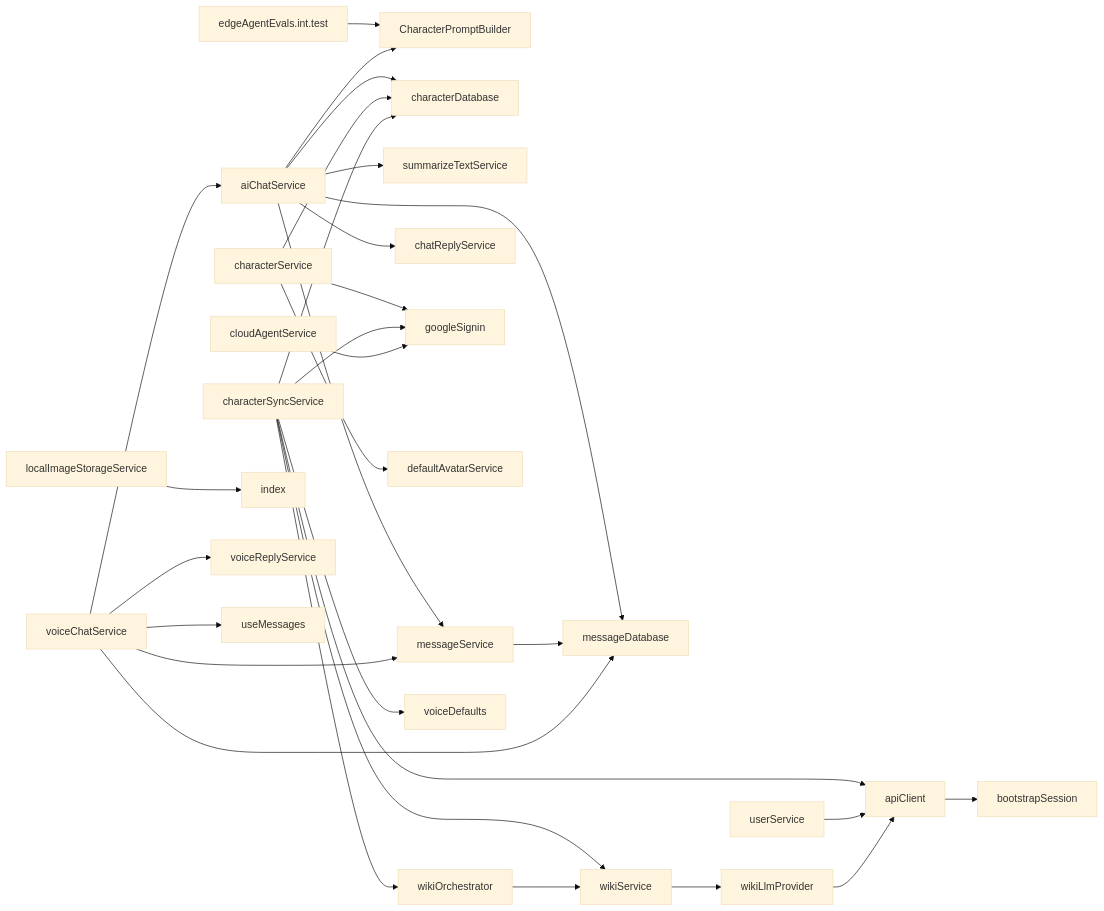
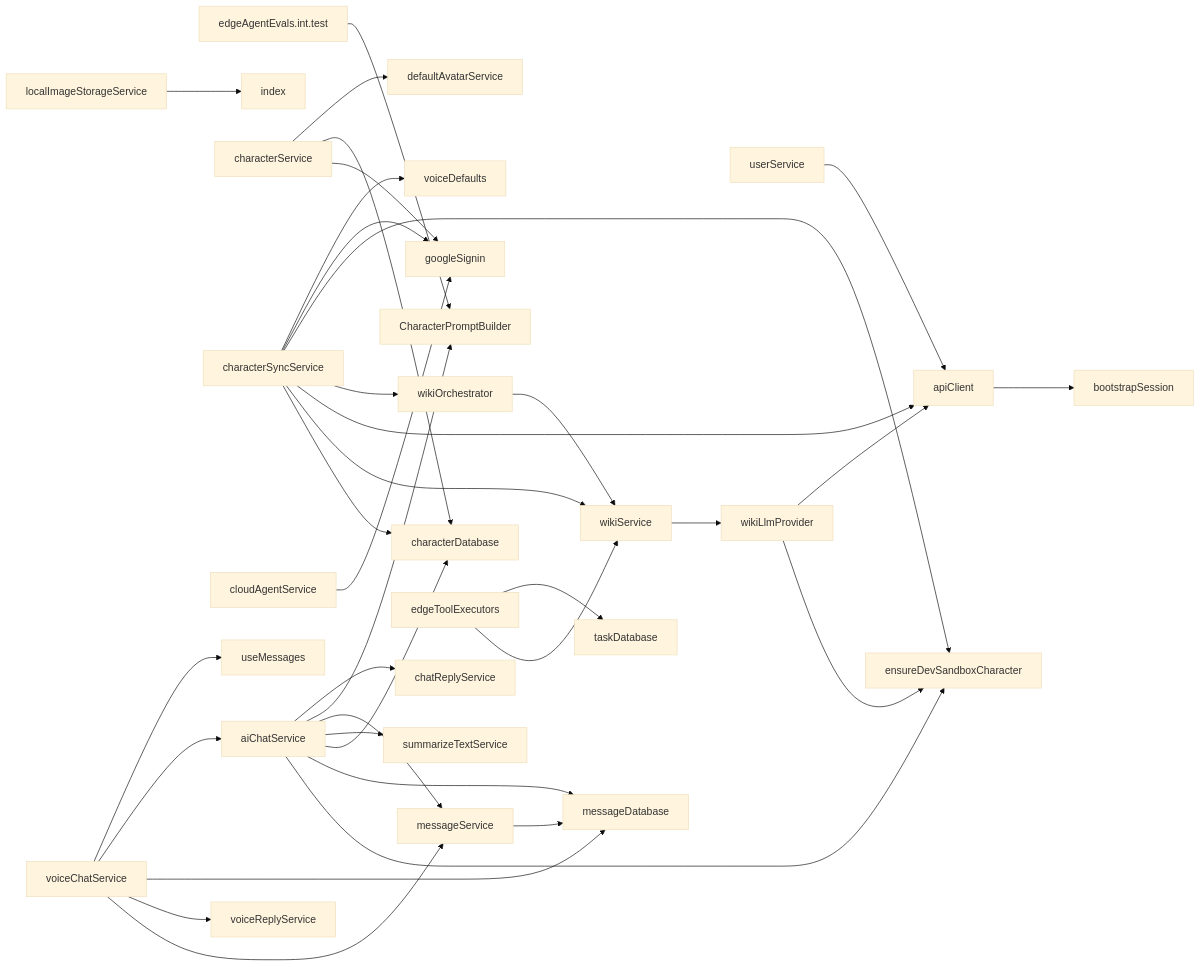
One commit to equationalapplications/clanker changed the diagram in docs/flowcharts/SERVICES.md. Above: the diagram before and after it, drawn with Mermaid (base theme). The commit also changed 3 other files, not shown here.

Commit message:
docs(flowcharts): regenerate dependency charts after dev-sandbox changes

````diff
--- a/docs/flowcharts/SERVICES.md
+++ b/docs/flowcharts/SERVICES.md
@@ -4,32 +4,37 @@
 ```mermaid
 graph LR
   edgeAgentEvals.int.test --> CharacterPromptBuilder
+  aiChatService --> ensureDevSandboxCharacter
   aiChatService --> messageDatabase
   aiChatService --> characterDatabase
   aiChatService --> summarizeTextService
   aiChatService --> messageService
   aiChatService --> CharacterPromptBuilder
   aiChatService --> chatReplyService
   apiClient --> bootstrapSession
   characterService --> googleSignin
   characterService --> characterDatabase
   characterService --> defaultAvatarService
   characterSyncService --> characterDatabase
   characterSyncService --> wikiService
   characterSyncService --> apiClient
   characterSyncService --> wikiOrchestrator
+  characterSyncService --> ensureDevSandboxCharacter
   characterSyncService --> googleSignin
   characterSyncService --> voiceDefaults
   cloudAgentService --> googleSignin
+  edgeToolExecutors --> wikiService
+  edgeToolExecutors --> taskDatabase
   localImageStorageService --> index
   messageService --> messageDatabase
   userService --> apiClient
   voiceChatService --> messageService
   voiceChatService --> voiceReplyService
   voiceChatService --> messageDatabase
   voiceChatService --> aiChatService
   voiceChatService --> useMessages
+  wikiLlmProvider --> ensureDevSandboxCharacter
   wikiLlmProvider --> apiClient
   wikiOrchestrator --> wikiService
   wikiService --> wikiLlmProvider
 ```
````
